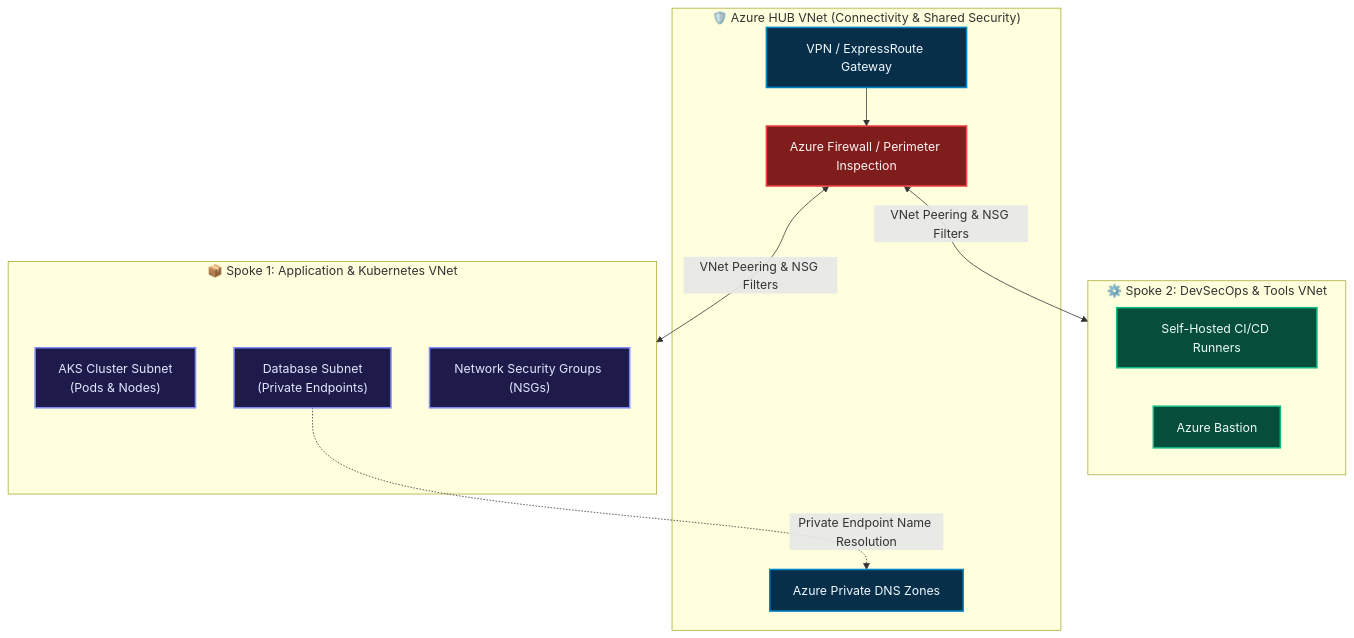
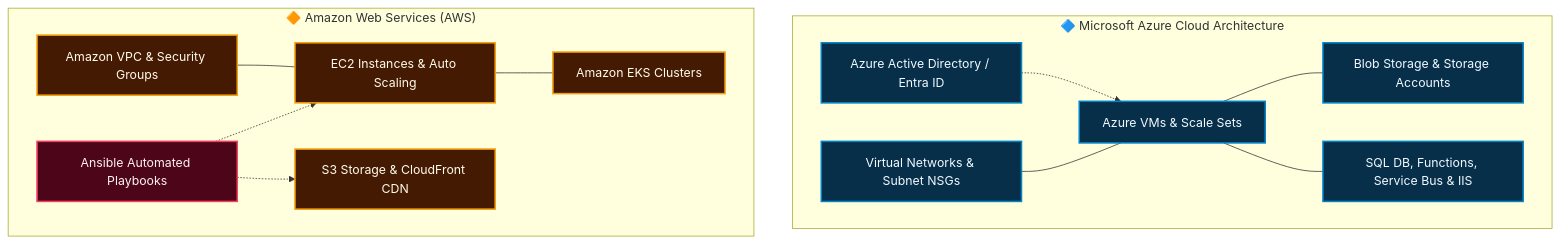
One commit to Sarvesh0401/Sarvesh0401 changed the fifth of 5 diagrams in README.md. Above: the diagram before and after it, drawn with Mermaid. The commit also changed other lines of this file and 2 other files, not shown here.

First line of the commit message:
feat: align profile with resume focusing on Terraform, CI/CD, and Kubernetes

````diff
--- a/README.md
+++ b/README.md
@@ -239,34 +236,35 @@
 ```mermaid
 flowchart TD
-    subgraph HubVNet ["🛡️ Azure HUB VNet (Connectivity & Shared Security)"]
-        GW["VPN / ExpressRoute Gateway"]
-        FW["Azure Firewall / Perimeter Inspection"]
-        DNS["Azure Private DNS Zones"]
+    subgraph AzureEnv ["🔷 Microsoft Azure Cloud Architecture"]
+        AD["Azure Active Directory / Entra ID"]
+        VNet["Virtual Networks & Subnet NSGs"]
+        Compute["Azure VMs & Scale Sets"]
+        Storage["Blob Storage & Storage Accounts"]
+        PaaS["SQL DB, Functions, Service Bus & IIS"]
     end
 
-    subgraph SpokeApp ["📦 Spoke 1: Application & Kubernetes VNet"]
-        AKSSubnet["AKS Cluster Subnet<br/>(Pods & Nodes)"]
-        DBSubnet["Database Subnet<br/>(Private Endpoints)"]
-        NSG1["Network Security Groups (NSGs)"]
+    subgraph AWSEnv ["🔶 Amazon Web Services (AWS)"]
+        EKS["Amazon EKS Clusters"]
+        EC2["EC2 Instances & Auto Scaling"]
+        VPC["Amazon VPC & Security Groups"]
+        S3["S3 Storage & CloudFront CDN"]
+        AnsiblePlay["Ansible Automated Playbooks"]
     end
 
-    subgraph SpokeMgmt ["⚙️ Spoke 2: DevSecOps & Tools VNet"]
-        Runners["Self-Hosted CI/CD Runners"]
-        Bastion["Azure Bastion"]
-    end
+    AD -.-> Compute
+    VNet --- Compute
+    Compute --- Storage
+    Compute --- PaaS
+    AnsiblePlay -.-> EC2
+    AnsiblePlay -.-> S3
+    VPC --- EC2
+    EC2 --- EKS
 
-    GW --> FW
-    FW <-->|"VNet Peering & NSG Filters"| SpokeApp
-    FW <-->|"VNet Peering & NSG Filters"| SpokeMgmt
-    DBSubnet -.->|"Private Endpoint Name Resolution"| DNS
+    classDef azStyle fill:#082f49,stroke:#0284c7,stroke-width:2px,color:#f0f9ff;
+    classDef awsStyle fill:#451a03,stroke:#f59e0b,stroke-width:2px,color:#fffbeb;
+    classDef ansStyle fill:#4c0519,stroke:#f43f5e,stroke-width:2px,color:#fff1f2;
 
-    classDef hubStyle fill:#082f49,stroke:#0284c7,stroke-width:2px,color:#f0f9ff;
-    classDef fwStyle fill:#7f1d1d,stroke:#ef4444,stroke-width:2px,color:#fef2f2;
-    classDef appStyle fill:#1e1b4b,stroke:#818cf8,stroke-width:2px,color:#e0e7ff;
-    classDef mgmtStyle fill:#064e3b,stroke:#10b981,stroke-width:2px,color:#ecfdf5;
-
-    class GW,DNS hubStyle;
-    class FW fwStyle;
-    class AKSSubnet,DBSubnet,NSG1 appStyle;
-    class Runners,Bastion mgmtStyle;
+    class AD,VNet,Compute,Storage,PaaS azStyle;
+    class EKS,EC2,VPC,S3 awsStyle;
+    class AnsiblePlay ansStyle;
 ```
````
